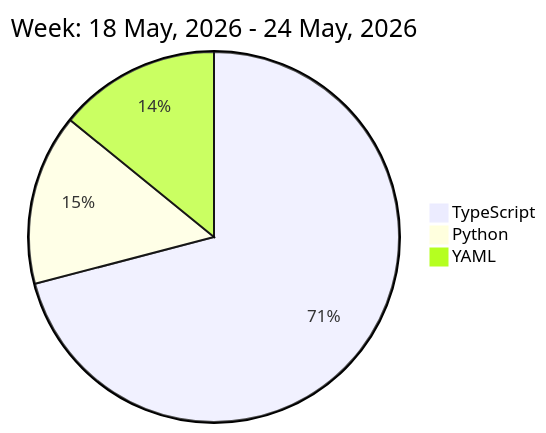
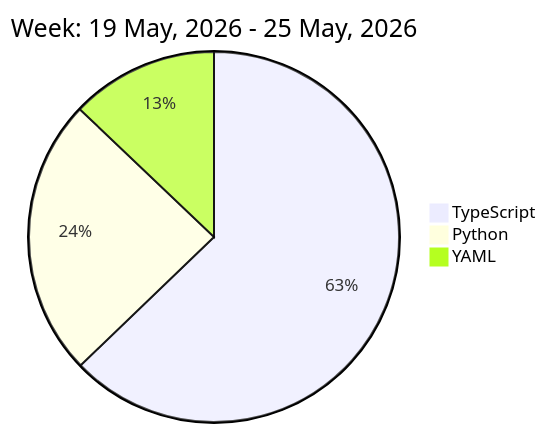
The diagram in README.md (liubin95/liubin95), drawn with Mermaid before and after one commit.

Commit message:
Updated the Graph with new Metrics

````diff
--- a/README.md
+++ b/README.md
@@ -32,7 +32,7 @@
 ```mermaid
  pie
-title Week: 18 May, 2026 - 24 May, 2026
- "TypeScript" : 13.15
- "Python" : 2.77
- "YAML" : 2.62
+title Week: 19 May, 2026 - 25 May, 2026
+ "TypeScript" : 11.55
+ "Python" : 4.47
+ "YAML" : 2.37
 ```
````
